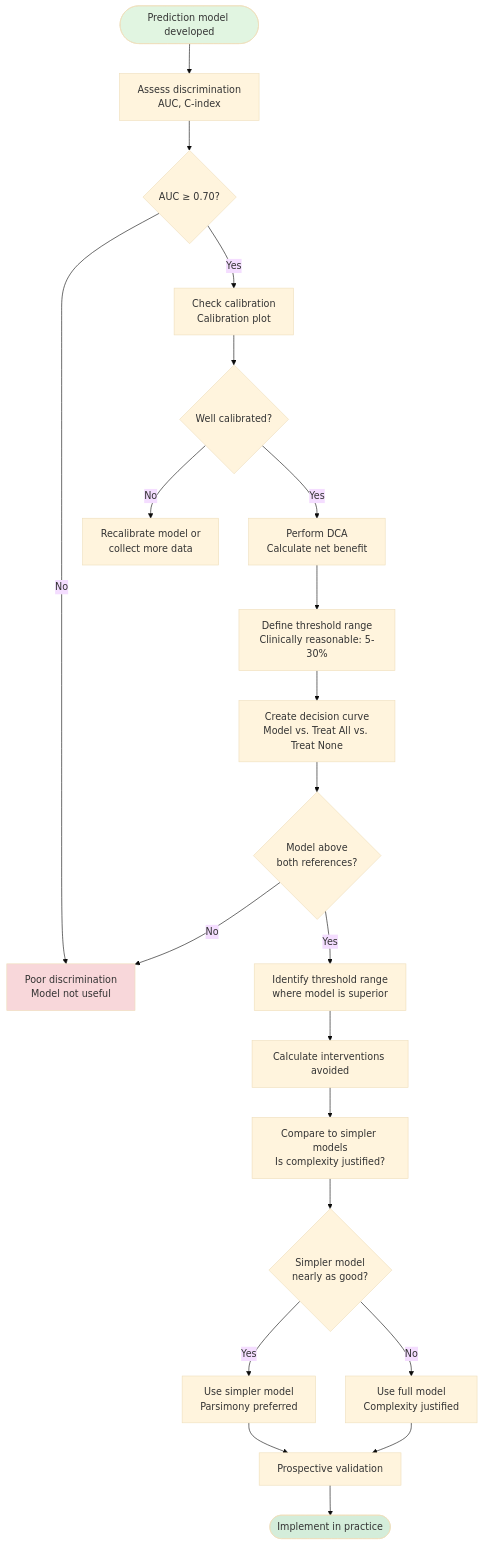
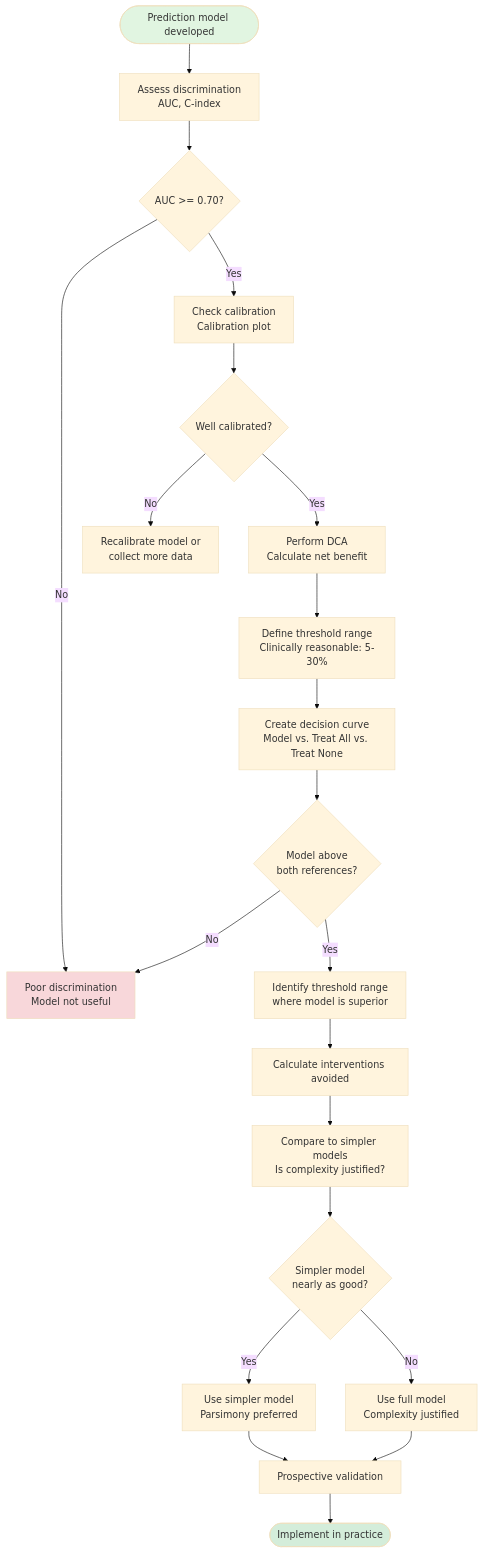
Before and after one commit to sbalci/ClinicoPathJamoviModule: the seventh of 11 diagrams in tutorials/VISUAL_DIAGRAMS.md, drawn with Mermaid (base theme). The commit also changed other lines of this file and 736 other files, not shown here.

````diff
--- a/tutorials/VISUAL_DIAGRAMS.md
+++ b/tutorials/VISUAL_DIAGRAMS.md
@@ -553,33 +553,33 @@
 ```mermaid
 flowchart TD
     Start([Prediction model developed]) --> A[Assess discrimination<br/>AUC, C-index]
-    A --> B{AUC ≥ 0.70?}
+    A --> B{AUC >= 0.70?}
     B -->|No| C[Poor discrimination<br/>Model not useful]
     B -->|Yes| D[Check calibration<br/>Calibration plot]
 
     D --> E{Well calibrated?}
     E -->|No| F[Recalibrate model or<br/>collect more data]
     E -->|Yes| G[Perform DCA<br/>Calculate net benefit]
 
     G --> H[Define threshold range<br/>Clinically reasonable: 5-30%]
     H --> I[Create decision curve<br/>Model vs. Treat All vs. Treat None]
 
     I --> J{Model above<br/>both references?}
     J -->|No| C
     J -->|Yes| K[Identify threshold range<br/>where model is superior]
 
     K --> L[Calculate interventions avoided]
     L --> M[Compare to simpler models<br/>Is complexity justified?]
 
     M --> N{Simpler model<br/>nearly as good?}
     N -->|Yes| O[Use simpler model<br/>Parsimony preferred]
     N -->|No| P[Use full model<br/>Complexity justified]
 
     O --> Q[Prospective validation]
     P --> Q
     Q --> R([Implement in practice])
 
     style Start fill:#e1f5e1
     style C fill:#f8d7da
     style R fill:#d4edda
 ```
````
